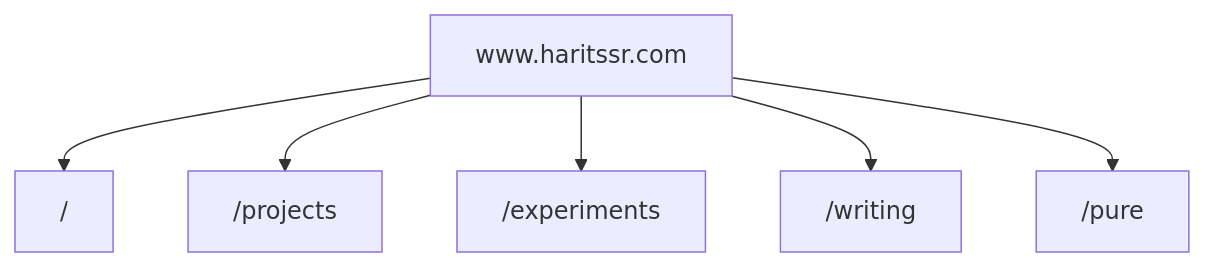
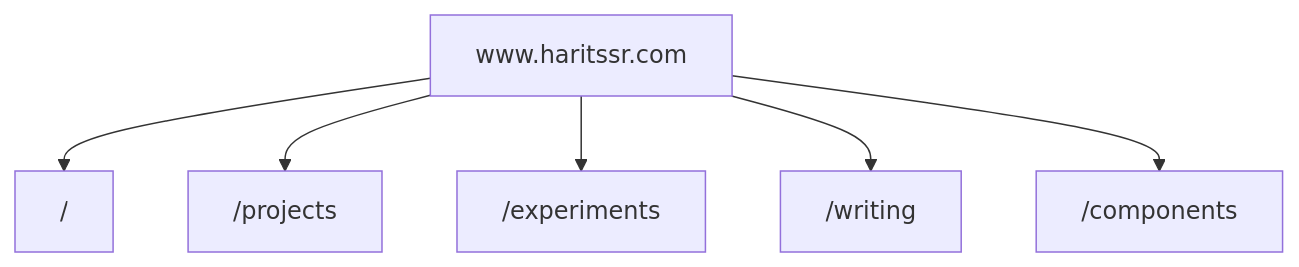
The diagram in README.md (haritssr/haritssr), drawn with Mermaid before and after one commit. The commit also changed other lines of this file and 5 other files, not shown here.

Commit message:
feat(routes): rename pure route to components

````diff
--- a/README.md
+++ b/README.md
@@ -12,10 +12,10 @@
 ```mermaid
 %%{init: {'flowchart': {'curve': 'basis'}} }%%
 graph TD
   haritssr["www.haritssr.com"]
   haritssr --> home["/"]
   haritssr --> projects["/projects"]
   haritssr --> experiments["/experiments"]
   haritssr --> writing["/writing"]
-  haritssr --> pure["/pure"]
+  haritssr --> components["/components"]
 ```
````
